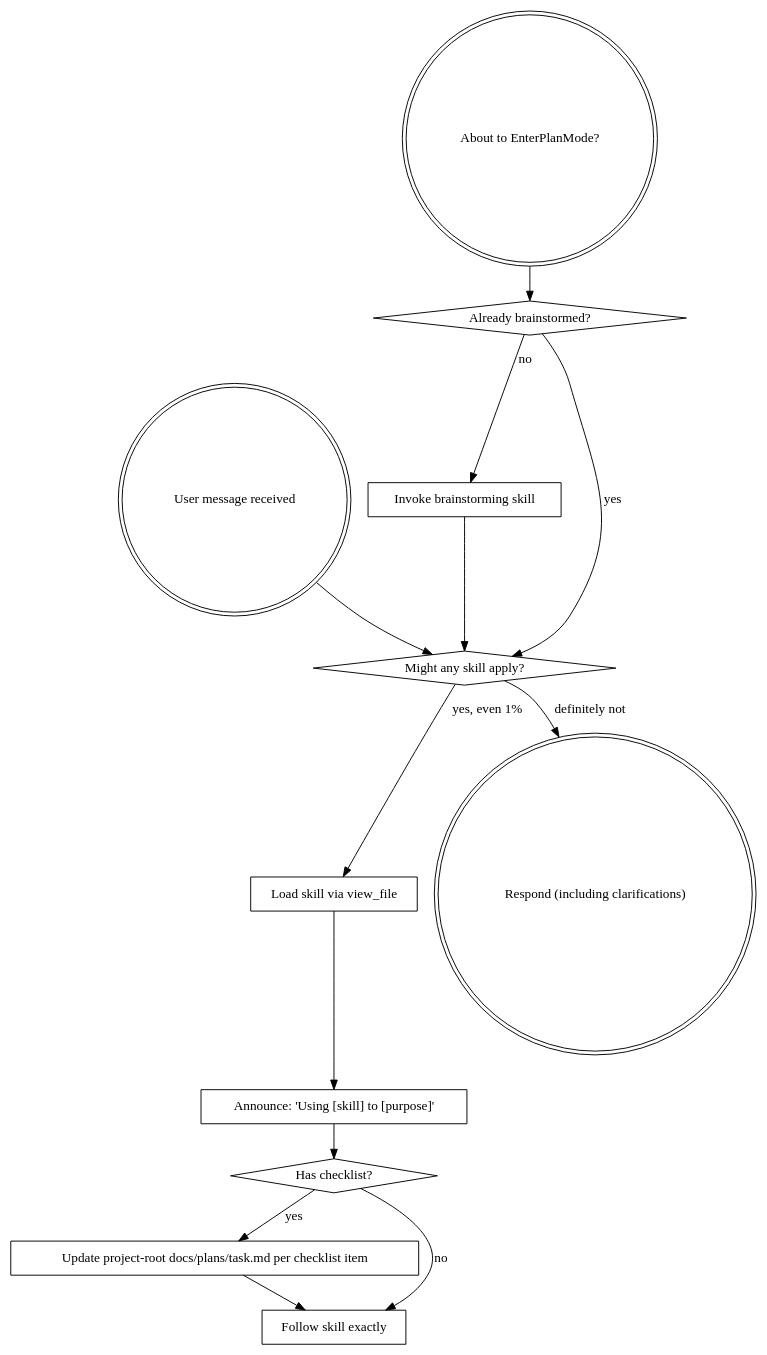
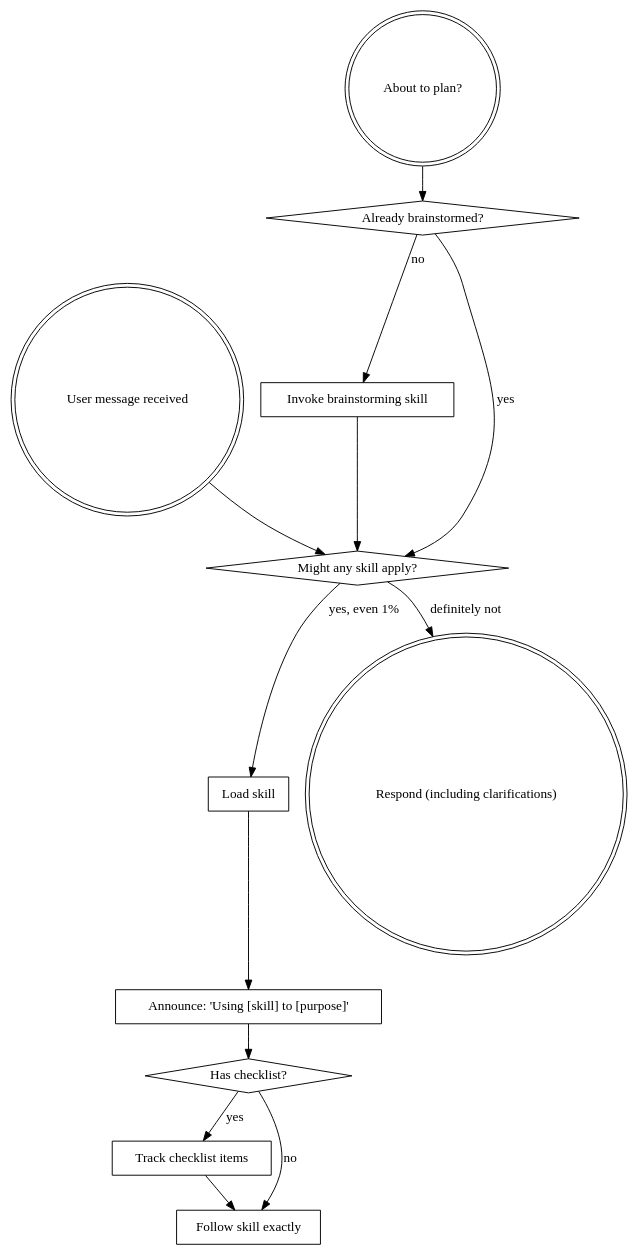
One commit to hyaraxco/team-sync changed the diagram in .agent/skills/using-superpowers/SKILL.md. Above: the diagram before and after it, drawn with Graphviz. The commit also changed other lines of this file and 101 other files, not shown here.

````diff
--- a/.agent/skills/using-superpowers/SKILL.md
+++ b/.agent/skills/using-superpowers/SKILL.md
@@ -26,29 +26,29 @@
 ```dot
 digraph skill_flow {
     "User message received" [shape=doublecircle];
-    "About to EnterPlanMode?" [shape=doublecircle];
+    "About to plan?" [shape=doublecircle];
     "Already brainstormed?" [shape=diamond];
     "Invoke brainstorming skill" [shape=box];
     "Might any skill apply?" [shape=diamond];
-    "Load skill via view_file" [shape=box];
+    "Load skill" [shape=box];
     "Announce: 'Using [skill] to [purpose]'" [shape=box];
     "Has checklist?" [shape=diamond];
-    "Update project-root docs/plans/task.md per checklist item" [shape=box];
+    "Track checklist items" [shape=box];
     "Follow skill exactly" [shape=box];
     "Respond (including clarifications)" [shape=doublecircle];
 
-    "About to EnterPlanMode?" -> "Already brainstormed?";
+    "About to plan?" -> "Already brainstormed?";
     "Already brainstormed?" -> "Invoke brainstorming skill" [label="no"];
     "Already brainstormed?" -> "Might any skill apply?" [label="yes"];
     "Invoke brainstorming skill" -> "Might any skill apply?";
 
     "User message received" -> "Might any skill apply?";
-    "Might any skill apply?" -> "Load skill via view_file" [label="yes, even 1%"];
+    "Might any skill apply?" -> "Load skill" [label="yes, even 1%"];
     "Might any skill apply?" -> "Respond (including clarifications)" [label="definitely not"];
-    "Load skill via view_file" -> "Announce: 'Using [skill] to [purpose]'";
+    "Load skill" -> "Announce: 'Using [skill] to [purpose]'";
     "Announce: 'Using [skill] to [purpose]'" -> "Has checklist?";
-    "Has checklist?" -> "Update project-root docs/plans/task.md per checklist item" [label="yes"];
+    "Has checklist?" -> "Track checklist items" [label="yes"];
     "Has checklist?" -> "Follow skill exactly" [label="no"];
-    "Update project-root docs/plans/task.md per checklist item" -> "Follow skill exactly";
+    "Track checklist items" -> "Follow skill exactly";
 }
 ```
````
